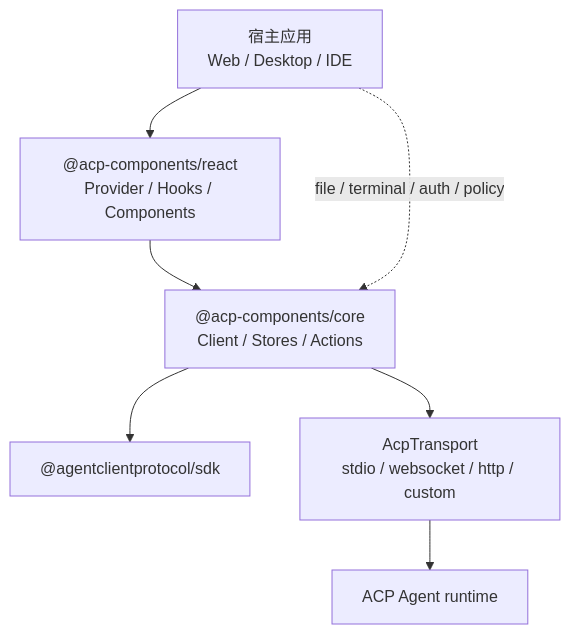
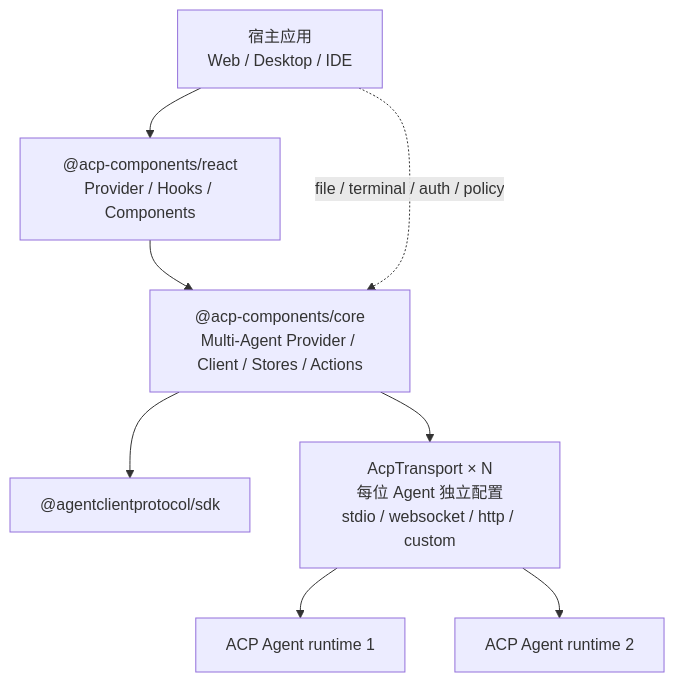
The first of 2 diagrams in docs/ARCHITECTURE.md (zvzuola/acp-components), drawn with Mermaid before and after one commit. The commit also changed other lines of this file and 4 other files, not shown here.

````diff
--- a/docs/ARCHITECTURE.md
+++ b/docs/ARCHITECTURE.md
@@ -16,9 +17,10 @@
 ```mermaid
 flowchart TB
   Host["宿主应用<br/>Web / Desktop / IDE"] --> React["@acp-components/react<br/>Provider / Hooks / Components"]
-  React --> Core["@acp-components/core<br/>Client / Stores / Actions"]
+  React --> Core["@acp-components/core<br/>Multi-Agent Provider / Client / Stores / Actions"]
   Core --> SDK["@agentclientprotocol/sdk"]
-  Core --> Transport["AcpTransport<br/>stdio / websocket / http / custom"]
-  Transport --> Agent["ACP Agent runtime"]
+  Core --> Transport["AcpTransport × N<br/>每位 Agent 独立配置<br/>stdio / websocket / http / custom"]
+  Transport --> Agent1["ACP Agent runtime 1"]
+  Transport --> Agent2["ACP Agent runtime 2"]
   Host -. "file / terminal / auth / policy" .-> Core
 ```
````
